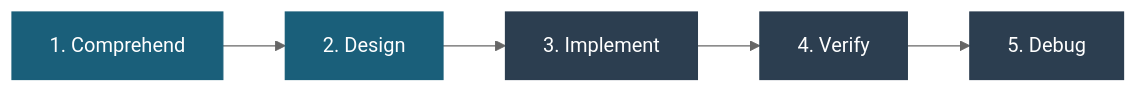
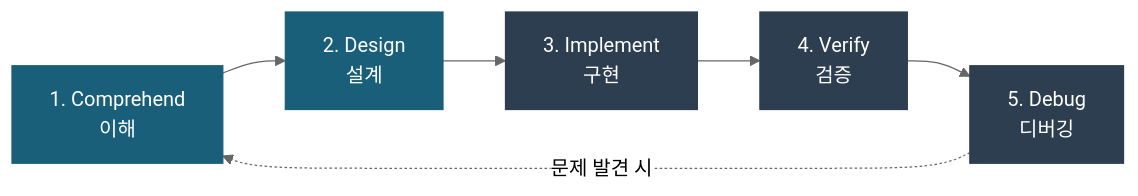
The second of 3 diagrams in 05_MEINT_AI_Coding_Tutorial_Overview.md (ccliff1228/meint-guide), drawn with Mermaid (neutral theme) before and after one commit. The commit also changed other lines of this file and 8 other files, not shown here.

````diff
--- a/05_MEINT_AI_Coding_Tutorial_Overview.md
+++ b/05_MEINT_AI_Coding_Tutorial_Overview.md
@@ -424,9 +373,10 @@
 ```mermaid
 flowchart LR
-    A["1. Comprehend"] --> B["2. Design"] --> C["3. Implement"] --> D["4. Verify"] --> E["5. Debug"]
+    A["1. Comprehend<br/>이해"] --> B["2. Design<br/>설계"] --> C["3. Implement<br/>구현"] --> D["4. Verify<br/>검증"] --> E["5. Debug<br/>디버깅"]
+    E -.->|"문제 발견 시"| A
     style A fill:#1a5f7a,color:#fff,stroke:#1a5f7a
     style B fill:#1a5f7a,color:#fff,stroke:#1a5f7a
     style C fill:#2c3e50,color:#fff,stroke:#2c3e50
     style D fill:#2c3e50,color:#fff,stroke:#2c3e50
     style E fill:#2c3e50,color:#fff,stroke:#2c3e50
 ```
````
